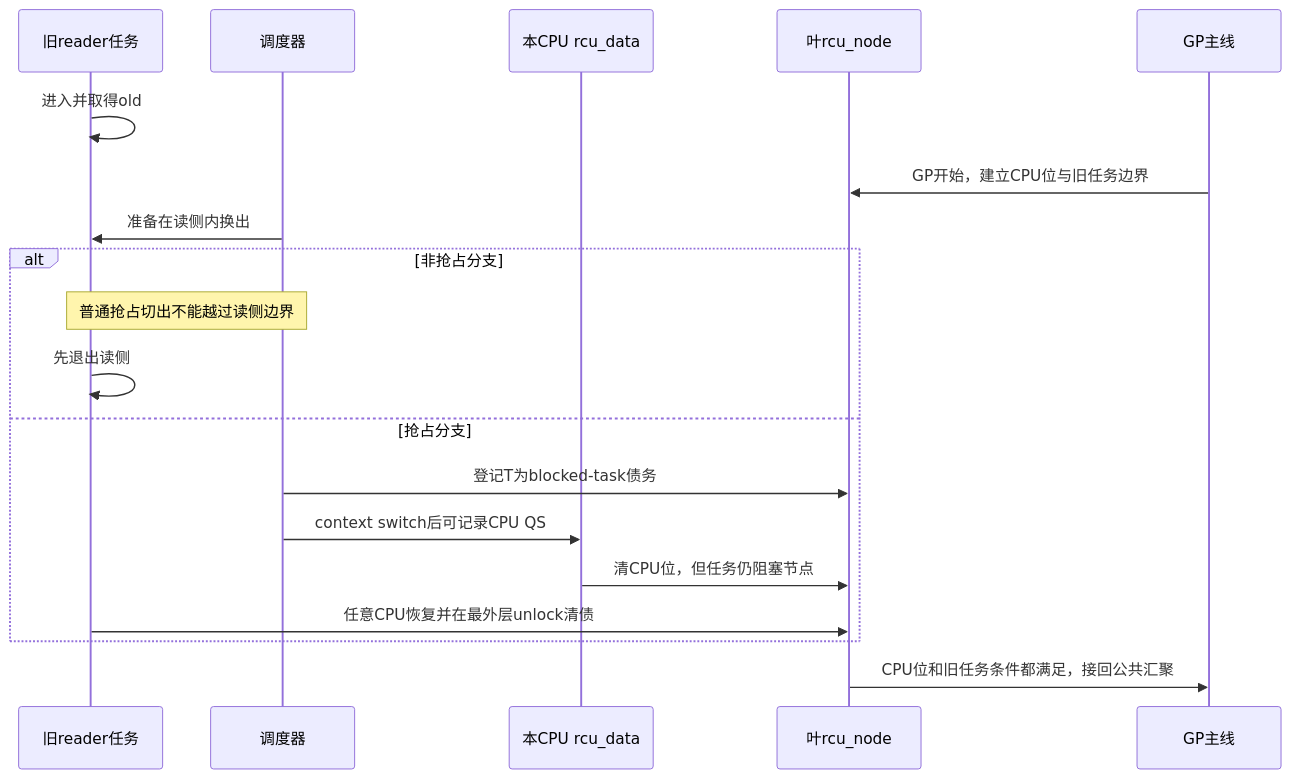
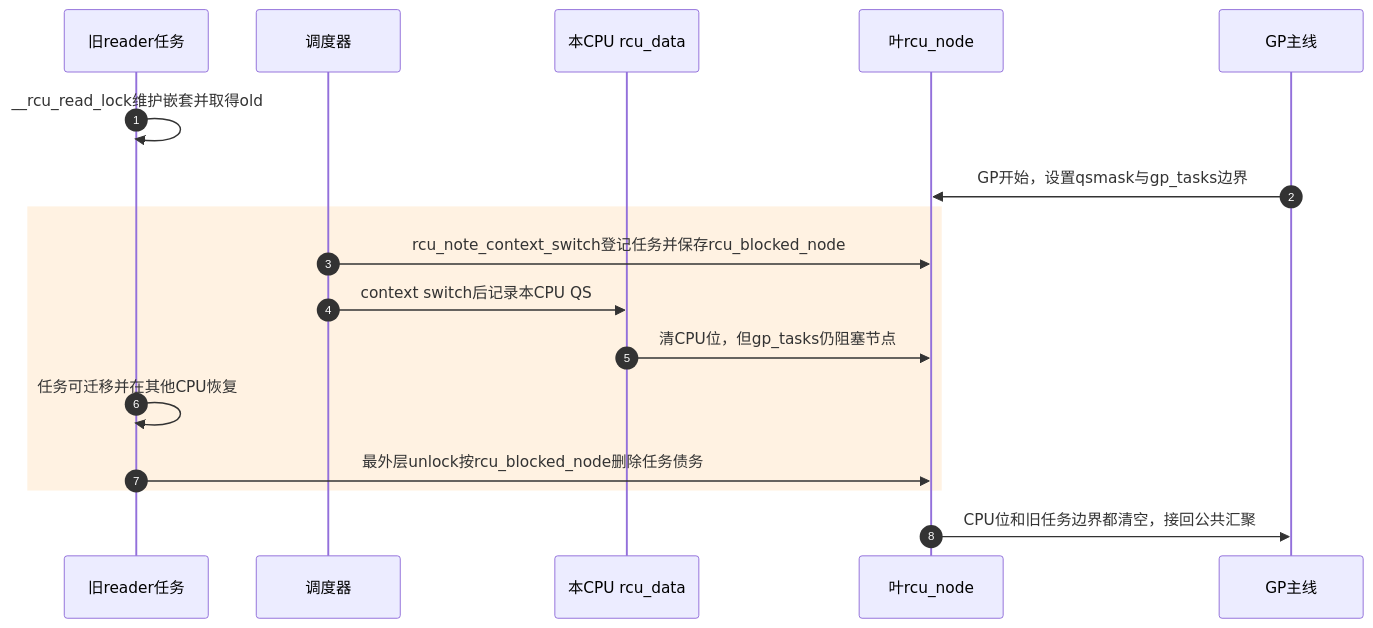
The second of 2 diagrams in research/source_reading/rcu/navigation/P02_Linux_6.12_RCU公共接口与读侧模型模块源码概念导读.md (FormingSystem/linux_note), drawn with Mermaid before and after one commit. The commit also changed other lines of this file and 1 other file, not shown here.

Commit message:
content(research/rcu): 同步读侧模型与源码导航

````diff
--- a/research/source_reading/rcu/navigation/P02_Linux_6.12_RCU公共接口与读侧模型模块源码概念导读.md
+++ b/research/source_reading/rcu/navigation/P02_Linux_6.12_RCU公共接口与读侧模型模块源码概念导读.md
@@ -138,22 +171,20 @@
 ```mermaid
 sequenceDiagram
+    autonumber
     participant T as 旧reader任务
     participant S as 调度器
     participant D as 本CPU rcu_data
     participant N as 叶rcu_node
     participant G as GP主线
 
-    T->>T: 进入并取得old
-    G->>N: GP开始，建立CPU位与旧任务边界
-    S->>T: 准备在读侧内换出
-    alt 非抢占分支
-        Note over S,T: 普通抢占切出不能越过读侧边界
-        T->>T: 先退出读侧
-    else 抢占分支
-        S->>N: 登记T为blocked-task债务
-        S->>D: context switch后可记录CPU QS
-        D->>N: 清CPU位，但任务仍阻塞节点
-        T->>N: 任意CPU恢复并在最外层unlock清债
+    T->>T: __rcu_read_lock维护嵌套并取得old
+    G->>N: GP开始，设置qsmask与gp_tasks边界
+    rect rgb(255, 242, 226)
+        S->>N: rcu_note_context_switch登记任务并保存rcu_blocked_node
+        S->>D: context switch后记录本CPU QS
+        D->>N: 清CPU位，但gp_tasks仍阻塞节点
+        T->>T: 任务可迁移并在其他CPU恢复
+        T->>N: 最外层unlock按rcu_blocked_node删除任务债务
     end
-    N->>G: CPU位和旧任务条件都满足，接回公共汇聚
+    N->>G: CPU位和旧任务边界都清空，接回公共汇聚
 ```
````
